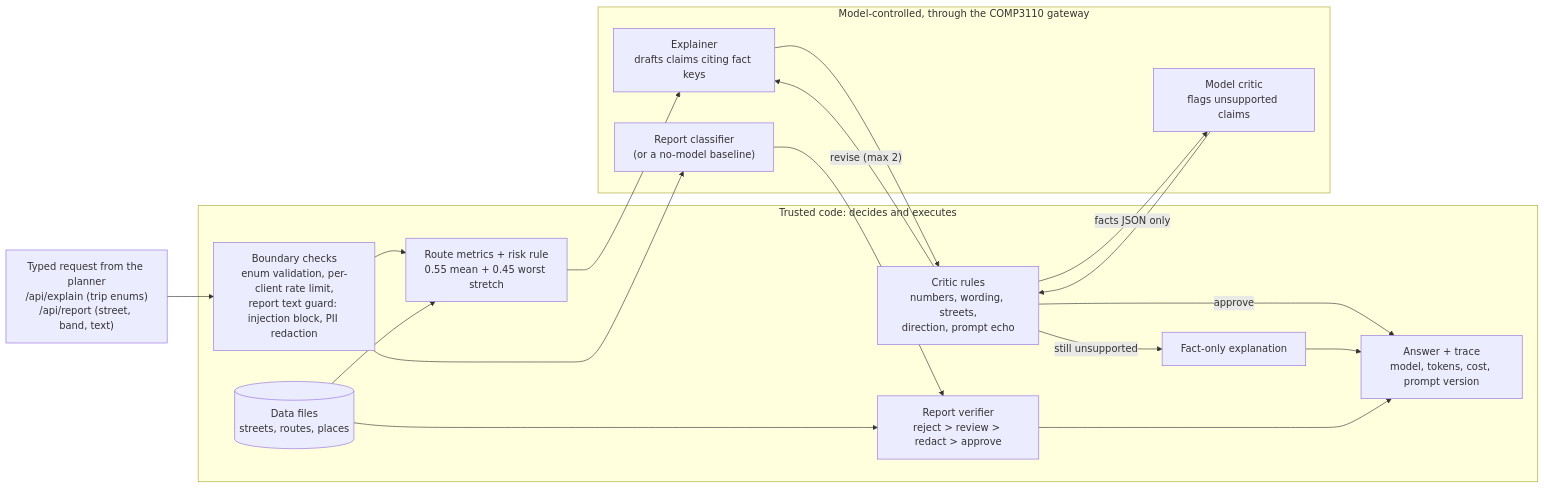
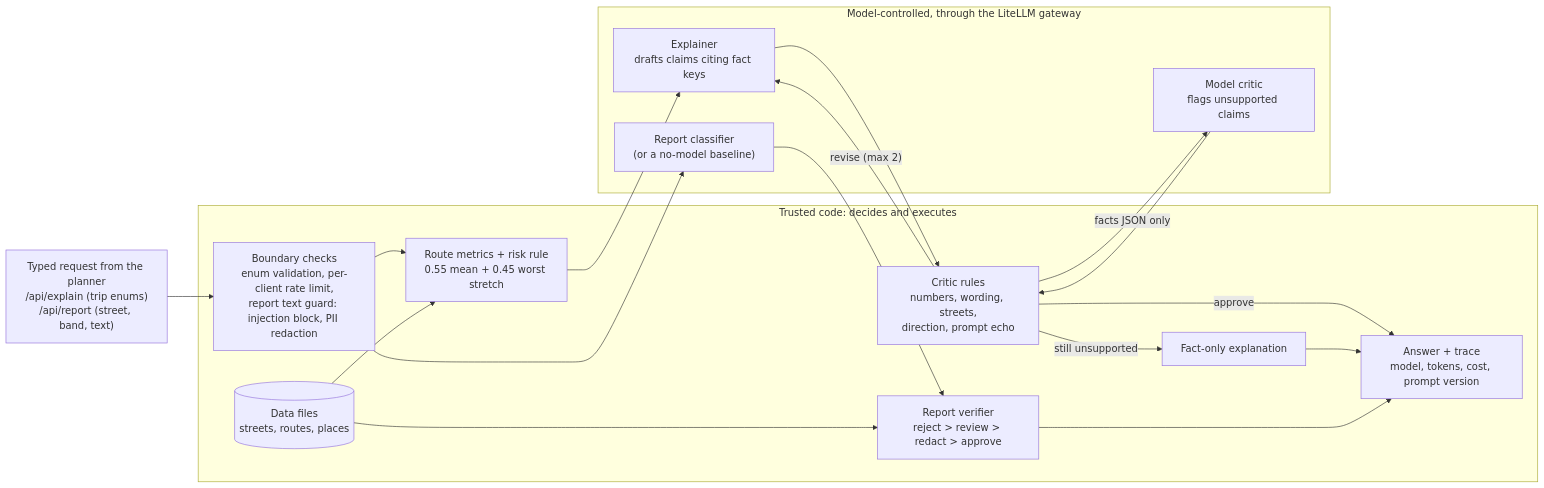
Before and after one commit to shuruthy24/Athena: the first of 2 diagrams in docs/design.md, drawn with Mermaid. The commit also changed other lines of this file and 6 other files, not shown here.

````diff
--- a/docs/design.md
+++ b/docs/design.md
@@ -9,28 +9,28 @@
 ```mermaid
 flowchart LR
     RQ["Typed request from the planner<br/>/api/explain (trip enums)<br/>/api/report (street, band, text)"]
     subgraph TRUSTED["Trusted code: decides and executes"]
         SC["Boundary checks<br/>enum validation, per-client rate limit,<br/>report text guard: injection block, PII redaction"]
         RM["Route metrics + risk rule<br/>0.55 mean + 0.45 worst stretch"]
         RU["Critic rules<br/>numbers, wording, streets,<br/>direction, prompt echo"]
         VR["Report verifier<br/>reject > review > redact > approve"]
         FB["Fact-only explanation"]
         DT[("Data files<br/>streets, routes, places")]
         OUT["Answer + trace<br/>model, tokens, cost, prompt version"]
     end
-    subgraph MODEL["Model-controlled, through the COMP3110 gateway"]
+    subgraph MODEL["Model-controlled, through the LiteLLM gateway"]
         EX["Explainer<br/>drafts claims citing fact keys"]
         CR["Model critic<br/>flags unsupported claims"]
         CL["Report classifier<br/>(or a no-model baseline)"]
     end
     RQ --> SC
     SC --> RM --> EX --> RU
     DT --> RM
     RU -- "facts JSON only" --> CR
     CR --> RU
     RU -->|"revise (max 2)"| EX
     RU -->|"approve"| OUT
     RU -->|"still unsupported"| FB --> OUT
     SC --> CL --> VR --> OUT
     DT --> VR
 ```
````
